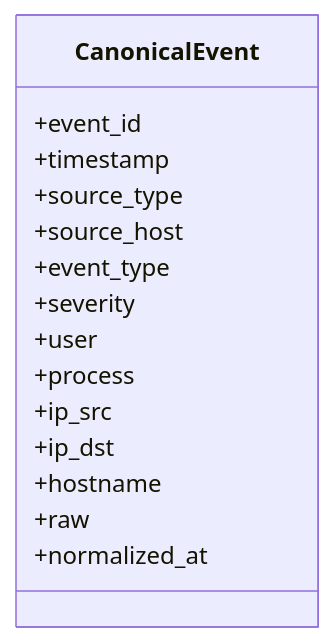
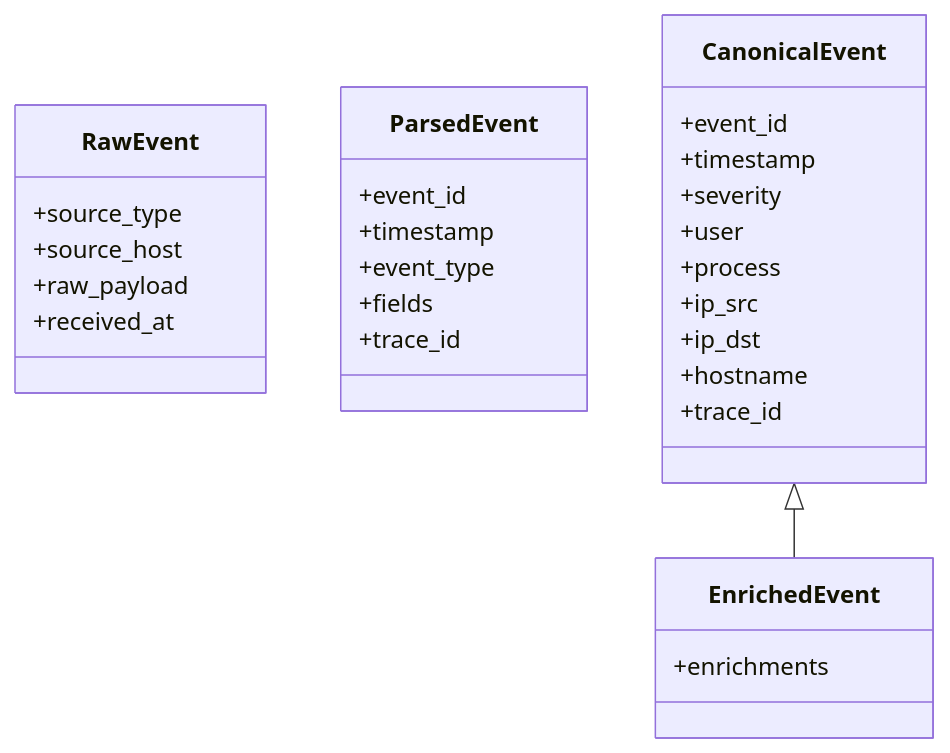
Before and after one commit to EDY075/EDYSIEM: the second of 2 diagrams in docs/ARCHITECTURE.md, drawn with Mermaid. The commit also changed other lines of this file and 42 other files, not shown here.

````diff
--- a/docs/ARCHITECTURE.md
+++ b/docs/ARCHITECTURE.md
@@ -63,18 +83,31 @@
 ```mermaid
 classDiagram
+    class RawEvent {
+        +source_type
+        +source_host
+        +raw_payload
+        +received_at
+    }
+    class ParsedEvent {
+        +event_id
+        +timestamp
+        +event_type
+        +fields
+        +trace_id
+    }
     class CanonicalEvent {
         +event_id
         +timestamp
-        +source_type
-        +source_host
-        +event_type
         +severity
         +user
         +process
         +ip_src
         +ip_dst
         +hostname
-        +raw
-        +normalized_at
+        +trace_id
     }
+    class EnrichedEvent {
+        +enrichments
+    }
+    CanonicalEvent <|-- EnrichedEvent
 ```
````
